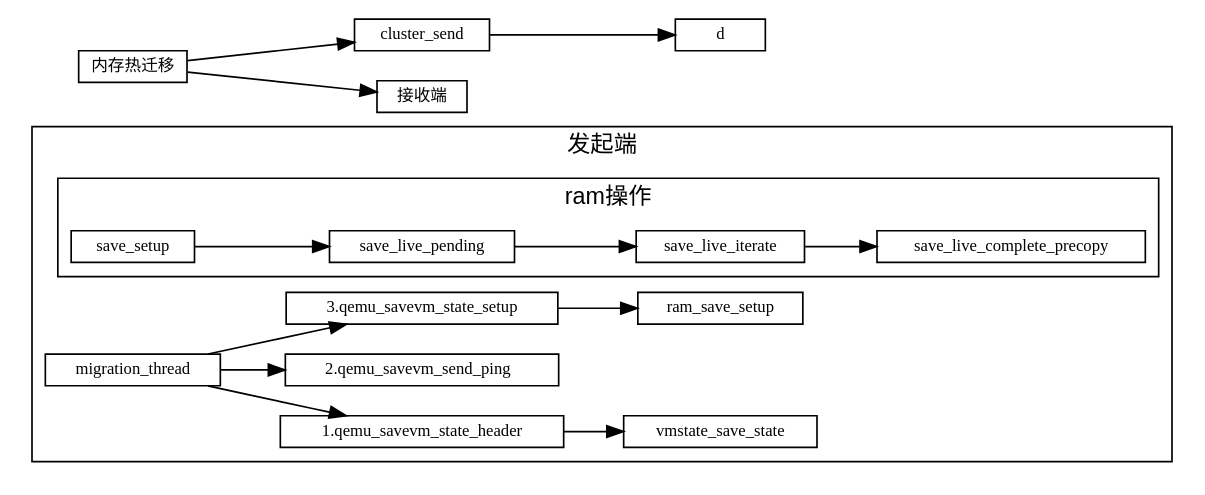
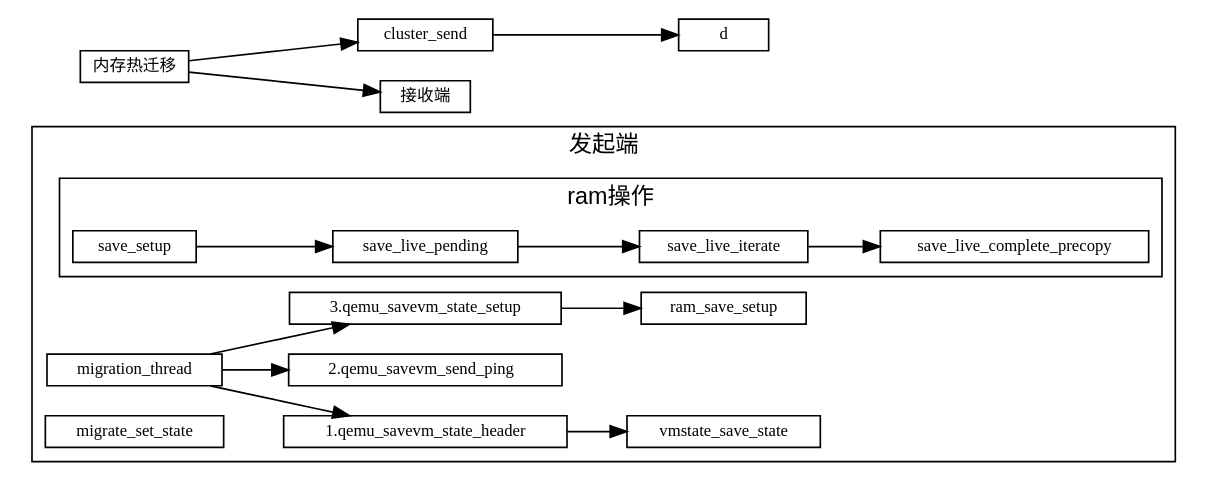
Before and after one commit to sisyphus1212/note: the diagram in 虚拟化/热迁移/1-内存热迁移.md, drawn with Graphviz.

Commit message:
auto_update

````diff
--- a/虚拟化/热迁移/1-内存热迁移.md
+++ b/虚拟化/热迁移/1-内存热迁移.md
@@ -11,34 +11,35 @@
 ```graphviz
 digraph 热迁移 {
 fontname="Helvetica,Arial,sans-serif"
 //node [fontname="Helvetica,Arial,sans-serif"]
 //edge [fontname="Helvetica,Arial,sans-serif"]
 rankdir="LR"
 node [fontsize=10, shape=box, height=0.25]
 edge [fontsize=10]
 
   subgraph send {
     cluster=true;
     label="发起端";
     migration_thread -> "1.qemu_savevm_state_header" -> vmstate_save_state;
     migration_thread -> "2.qemu_savevm_send_ping  ";
     migration_thread -> "3.qemu_savevm_state_setup" ->
                         ram_save_setup;
+                        migrate_set_state
 
     subgraph ram_opts {
       cluster=true;
       label="ram操作";
       save_setup ->
       save_live_pending ->
       save_live_iterate ->
       save_live_complete_precopy;
     }
   }
 
 内存热迁移 [label="内存热迁移"]
 内存热迁移 -> cluster_send
            -> d
 
 内存热迁移 -> 接收端
 }
 ```
````
